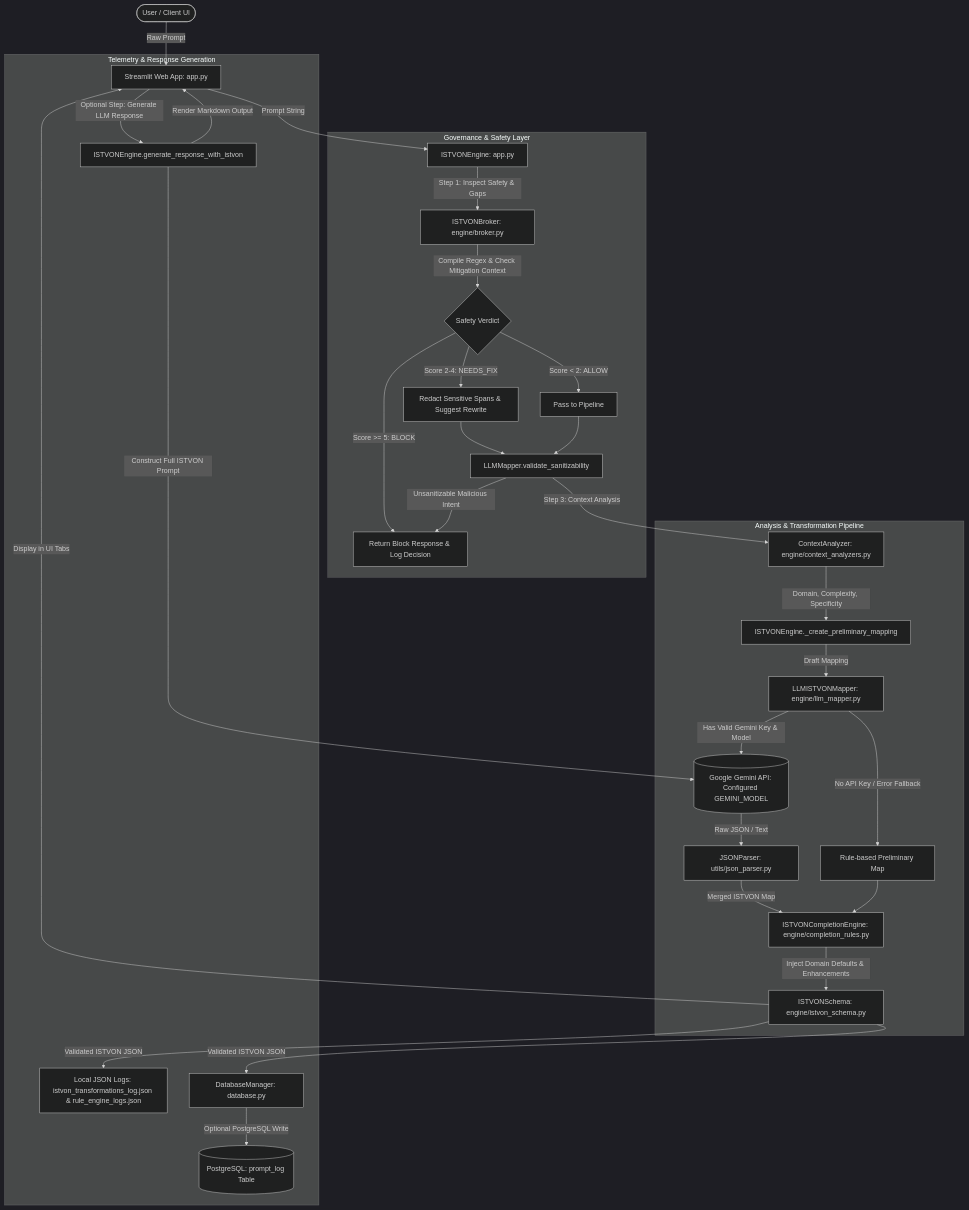
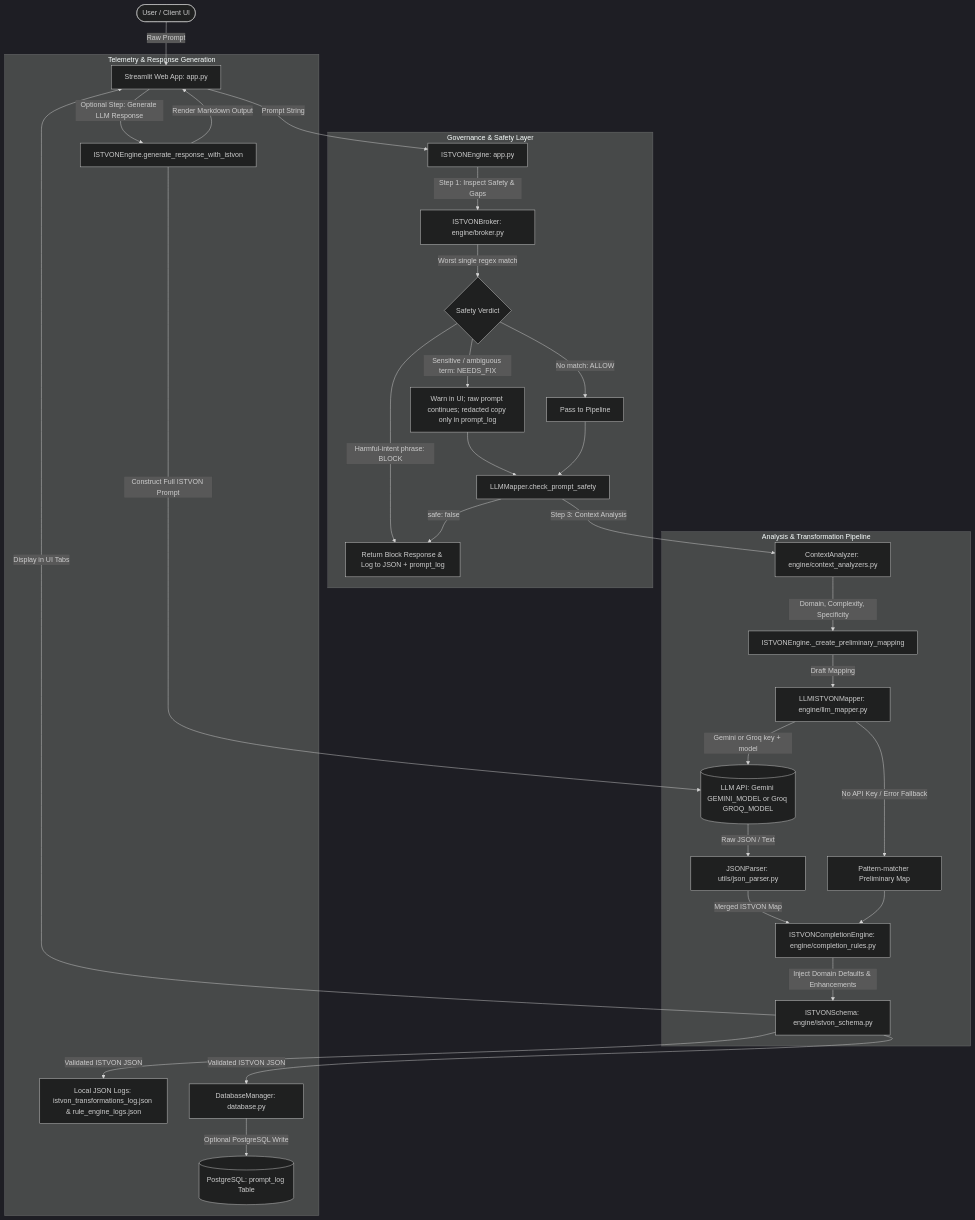
One commit to Krishna2805/ISTVON_Prompt_Enhancement_Engine changed the diagram in docs/ARCHITECTURE.md. Above: the diagram before and after it, drawn with Mermaid (dark theme). The commit also changed other lines of this file and 21 other files, not shown here.

Commit message:
Fix safety broker, offline mode and logging; add Groq support

````diff
--- a/docs/ARCHITECTURE.md
+++ b/docs/ARCHITECTURE.md
@@ -11,41 +11,41 @@
 ```mermaid
 flowchart TD
     User([User / Client UI]) -->|Raw Prompt| App[Streamlit Web App: app.py]
     App -->|Prompt String| Engine[ISTVONEngine: app.py]
     
     subgraph Governance & Safety Layer
         Engine -->|Step 1: Inspect Safety & Gaps| Broker[ISTVONBroker: engine/broker.py]
-        Broker -->|Compile Regex & Check Mitigation Context| SafetyEval{Safety Verdict}
-        SafetyEval -->|Score >= 5: BLOCK| BlockEarly[Return Block Response & Log Decision]
-        SafetyEval -->|Score 2-4: NEEDS_FIX| Sanitize[Redact Sensitive Spans & Suggest Rewrite]
-        SafetyEval -->|Score < 2: ALLOW| AllowSafe[Pass to Pipeline]
-        Sanitize --> ValidateSanitize[LLMMapper.validate_sanitizability]
-        AllowSafe --> ValidateSanitize
-        ValidateSanitize -->|Unsanitizable Malicious Intent| BlockEarly
+        Broker -->|Worst single regex match| SafetyEval{Safety Verdict}
+        SafetyEval -->|Harmful-intent phrase: BLOCK| BlockEarly[Return Block Response & Log to JSON + prompt_log]
+        SafetyEval -->|Sensitive / ambiguous term: NEEDS_FIX| Flag[Warn in UI; raw prompt continues; redacted copy only in prompt_log]
+        SafetyEval -->|No match: ALLOW| AllowSafe[Pass to Pipeline]
+        Flag --> LLMSafety[LLMMapper.check_prompt_safety]
+        AllowSafe --> LLMSafety
+        LLMSafety -->|safe: false| BlockEarly
     end
     
     subgraph Analysis & Transformation Pipeline
-        ValidateSanitize -->|Step 3: Context Analysis| CtxAnalyzer[ContextAnalyzer: engine/context_analyzers.py]
+        LLMSafety -->|Step 3: Context Analysis| CtxAnalyzer[ContextAnalyzer: engine/context_analyzers.py]
         CtxAnalyzer -->|Domain, Complexity, Specificity| Prelim[ISTVONEngine._create_preliminary_mapping]
         Prelim -->|Draft Mapping| LLMMapper[LLMISTVONMapper: engine/llm_mapper.py]
         
-        LLMMapper -->|Has Valid Gemini Key & Model| GeminiAPI[(Google Gemini API: Configured GEMINI_MODEL)]
-        LLMMapper -->|No API Key / Error Fallback| RuleFallback[Rule-based Preliminary Map]
+        LLMMapper -->|Gemini or Groq key + model| GeminiAPI[(LLM API: Gemini GEMINI_MODEL or Groq GROQ_MODEL)]
+        LLMMapper -->|No API Key / Error Fallback| RuleFallback[Pattern-matcher Preliminary Map]
         GeminiAPI -->|Raw JSON / Text| JSONParser[JSONParser: utils/json_parser.py]
         JSONParser -->|Merged ISTVON Map| Completion[ISTVONCompletionEngine: engine/completion_rules.py]
         RuleFallback --> Completion
         
         Completion -->|Inject Domain Defaults & Enhancements| SchemaVal[ISTVONSchema: engine/istvon_schema.py]
     end
 
     subgraph Telemetry & Response Generation
         SchemaVal -->|Validated ISTVON JSON| LoggerLocal[Local JSON Logs: istvon_transformations_log.json & rule_engine_logs.json]
         SchemaVal -->|Validated ISTVON JSON| DBManager[DatabaseManager: database.py]
         DBManager -->|Optional PostgreSQL Write| Postgres[(PostgreSQL: prompt_log Table)]
         
         SchemaVal -->|Display in UI Tabs| App
         App -->|Optional Step: Generate LLM Response| ResponseGen[ISTVONEngine.generate_response_with_istvon]
         ResponseGen -->|Construct Full ISTVON Prompt| GeminiAPI
         ResponseGen -->|Render Markdown Output| App
     end
 ```
````
